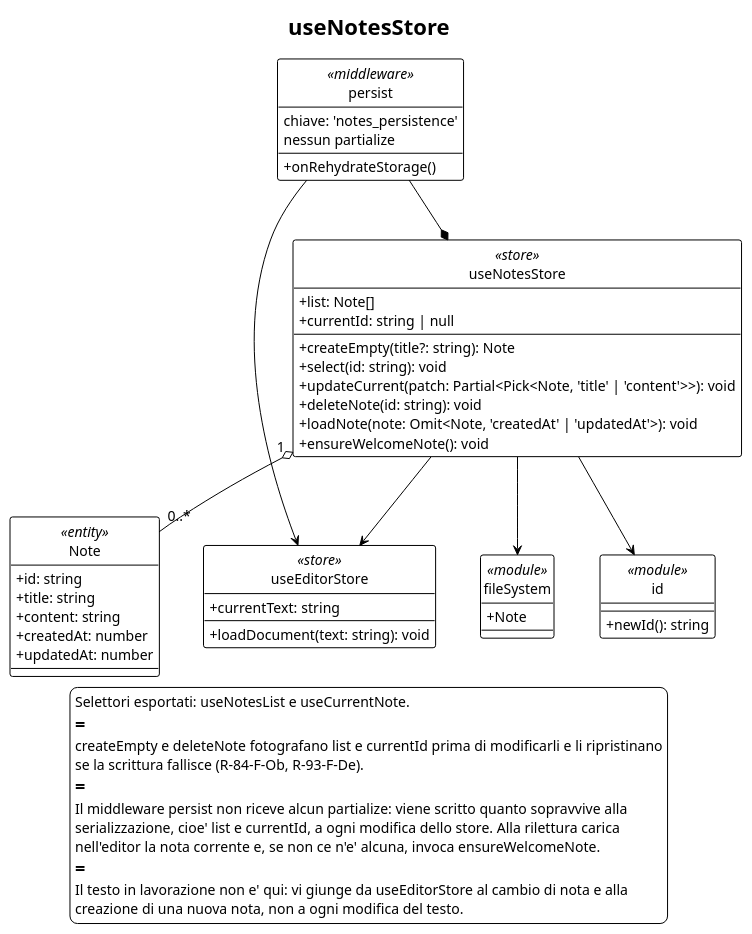
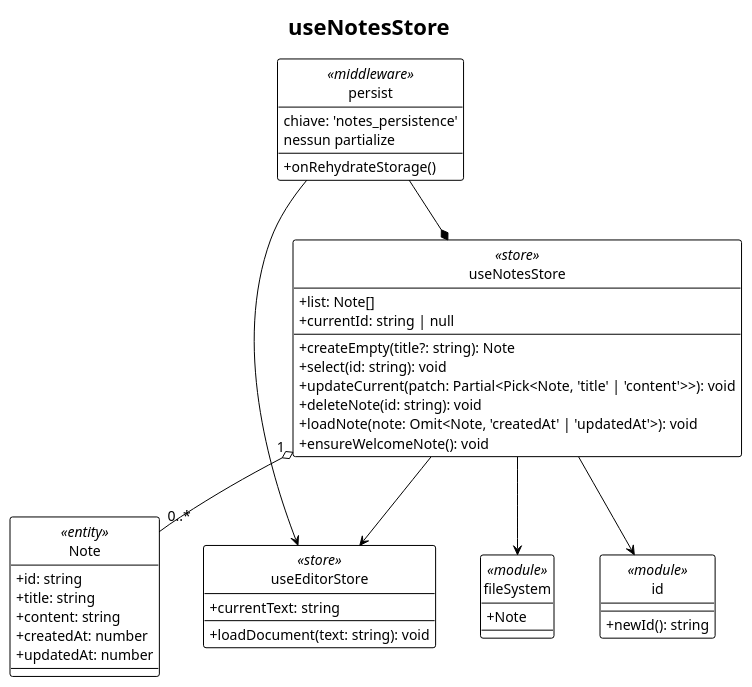
One commit to thebitless-group-swe/thebitless.github.io changed the diagram in PB/doc_esterna/specifica_tecnica/assets/plantuml/UML3.3.3-2.puml. Above: the diagram before and after it, drawn with PlantUML. The commit also changed 35 other files, not shown here.

```diff
--- a/PB/doc_esterna/specifica_tecnica/assets/plantuml/UML3.3.3-2.puml
+++ b/PB/doc_esterna/specifica_tecnica/assets/plantuml/UML3.3.3-2.puml
@@ -1,78 +1,64 @@
 @startuml
 !theme plain
 hide circle
 skinparam classAttributeIconSize 0
 skinparam shadowing false
 skinparam nodesep 45
 skinparam ranksep 60
 skinparam defaultFontSize 14
 
 title useNotesStore
 
 top to bottom direction
 
 class persist <<middleware>> {
   chiave: 'notes_persistence'
   nessun partialize
   + onRehydrateStorage()
 }
 
 class useNotesStore <<store>> {
   + list: Note[]
   + currentId: string | null
   __
   + createEmpty(title?: string): Note
   + select(id: string): void
   + updateCurrent(patch: Partial<Pick<Note, 'title' | 'content'>>): void
   + deleteNote(id: string): void
   + loadNote(note: Omit<Note, 'createdAt' | 'updatedAt'>): void
   + ensureWelcomeNote(): void
 }
 
 class Note <<entity>> {
   + id: string
   + title: string
   + content: string
   + createdAt: number
   + updatedAt: number
 }
 
 class useEditorStore <<store>> {
   + currentText: string
   __
   + loadDocument(text: string): void
 }
 
 class fileSystem <<module>> {
   + Note
 }
 
 class id <<module>> {
   + newId(): string
 }
 
 persist --* useNotesStore
 useNotesStore "1" o-- "0..*" Note
 useNotesStore --> useEditorStore
 useNotesStore --> fileSystem
 useNotesStore --> id
 persist --> useEditorStore
 
 Note -[hidden]right- useEditorStore
 fileSystem -[hidden]right- id
 
-legend bottom
-  Selettori esportati: useNotesList e useCurrentNote.
-  ==
-  createEmpty e deleteNote fotografano list e currentId prima di modificarli e li ripristinano
-  se la scrittura fallisce (R-84-F-Ob, R-93-F-De).
-  ==
-  Il middleware persist non riceve alcun partialize: viene scritto quanto sopravvive alla
-  serializzazione, cioe' list e currentId, a ogni modifica dello store. Alla rilettura carica
-  nell'editor la nota corrente e, se non ce n'e' alcuna, invoca ensureWelcomeNote.
-  ==
-  Il testo in lavorazione non e' qui: vi giunge da useEditorStore al cambio di nota e alla
-  creazione di una nuova nota, non a ogni modifica del testo.
-endlegend
-
 @enduml
```
